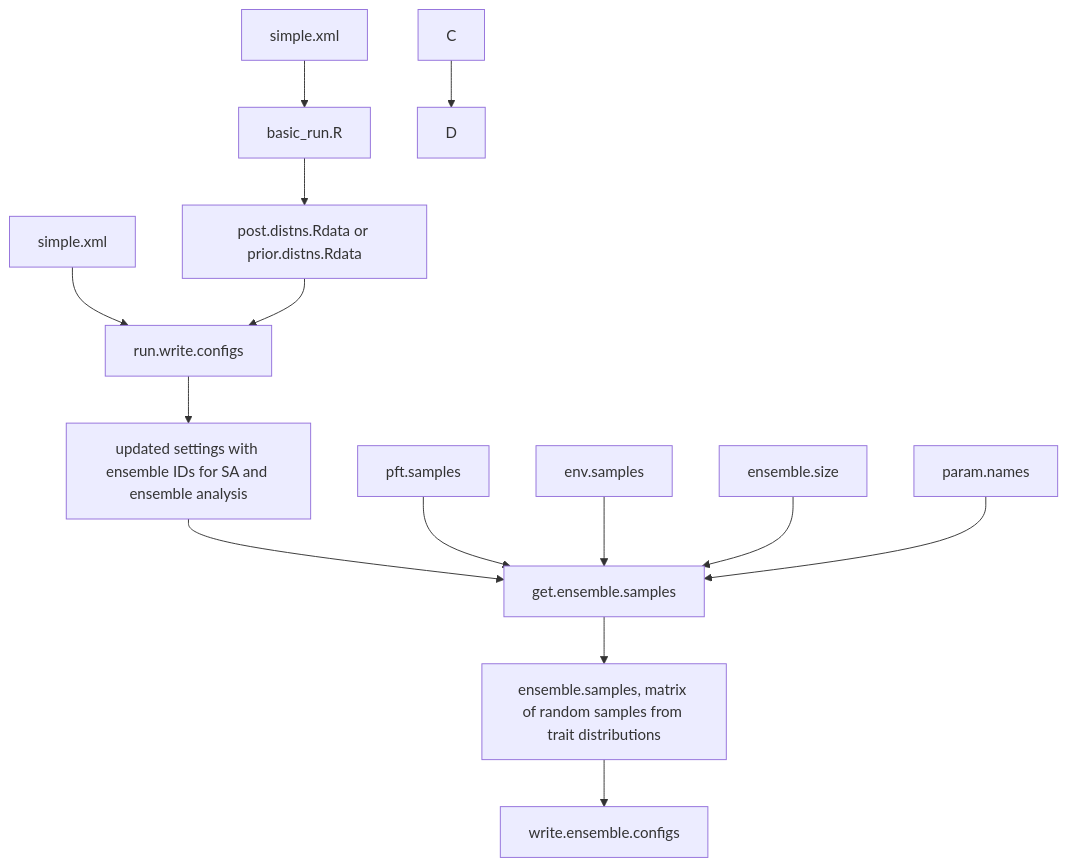
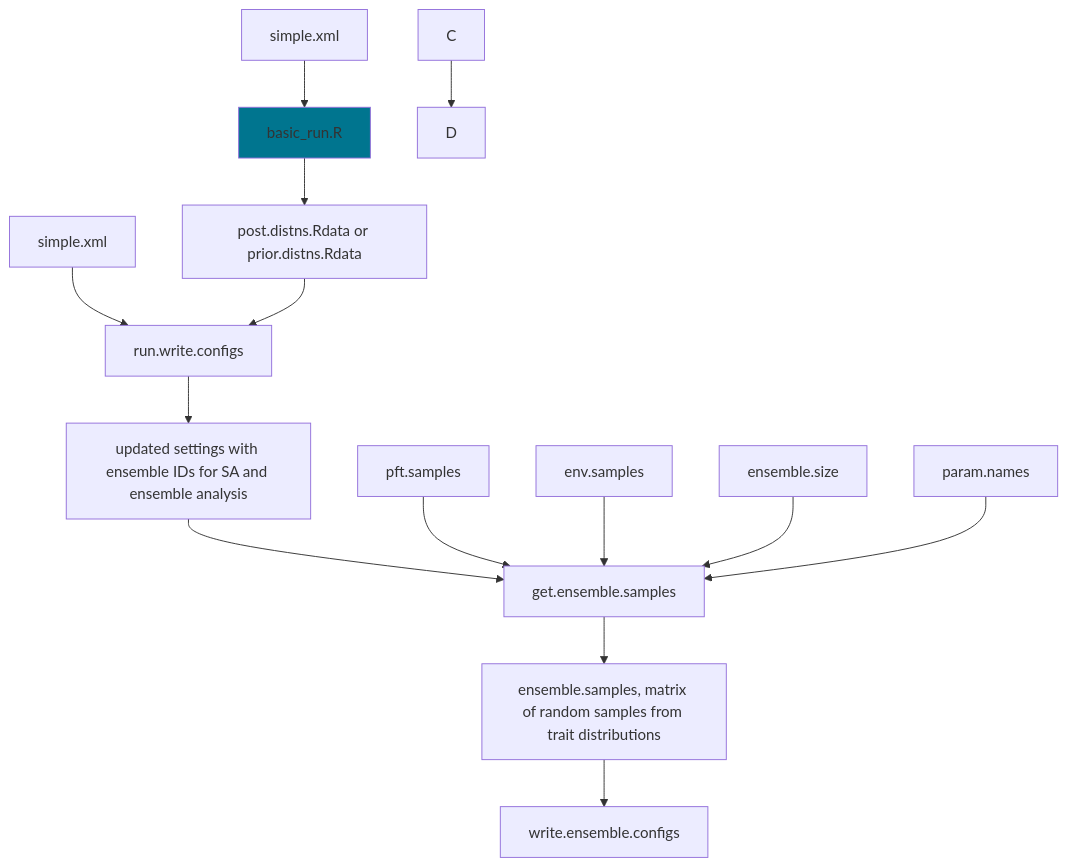
One commit to ecamo19/gsoc_project_2022_vm changed the diagram in README.md. Above: the diagram before and after it, drawn with Mermaid.

````diff
--- a/README.md
+++ b/README.md
@@ -50,16 +50,18 @@
 ```mermaid
   graph TD;
       settings[simple.xml]-->run.write.configs;
       simple.xml-->basic_run.R;
       basic_run.R-->posterior.files[post.distns.Rdata or prior.distns.Rdata];
       posterior.files[post.distns.Rdata or prior.distns.Rdata]-->run.write.configs;
       run.write.configs-->output_1[updated settings with ensemble IDs for SA and ensemble analysis ];
       output_1[updated settings with ensemble IDs for SA and ensemble analysis]-->get.ensemble.samples;
       input_get_ensemble_1[pft.samples]-->get.ensemble.samples;
       input_get_ensemble_2[env.samples]-->get.ensemble.samples;
       input_get_ensemble_3[ensemble.size]-->get.ensemble.samples;
       input_get_ensemble_4[param.names]-->get.ensemble.samples;
       get.ensemble.samples--> output_get_ensemble[ensemble.samples, matrix of random samples from trait distributions];
       output_get_ensemble[ensemble.samples, matrix of random samples from trait distributions]-->write.ensemble.configs;
       C-->D;
+      
+      style basic_run.R fill:#00758f
 ```
````
